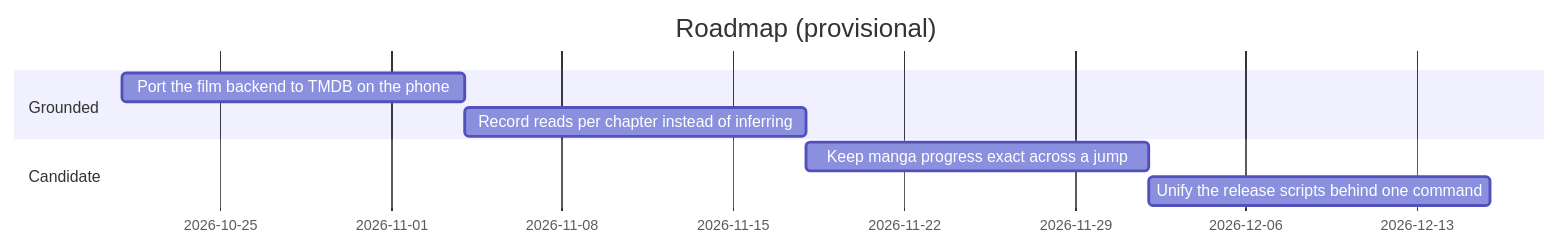
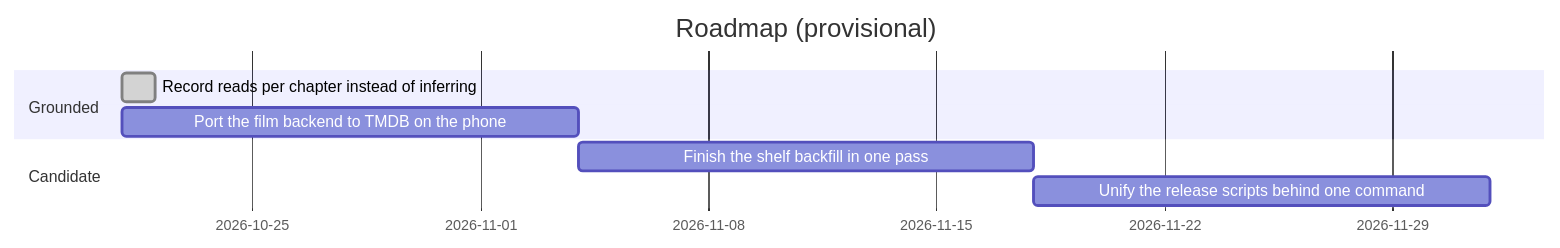
Before and after one commit to Comitz134/hanime-app: the diagram in brain/roadmap.md, drawn with Mermaid. The commit also changed other lines of this file and 13 other files, not shown here.

````diff
--- a/brain/roadmap.md
+++ b/brain/roadmap.md
@@ -15,11 +16,11 @@
 ```mermaid
 gantt
   title Roadmap (provisional)
   dateFormat YYYY-MM-DD
   section Grounded
-  Port the film backend to TMDB on the phone :a1, 2026-10-21, 14d
-  Record reads per chapter instead of inferring :a2, after a1, 14d
+  Record reads per chapter instead of inferring :done, a0, 2026-10-21, 1d
+  Port the film backend to TMDB on the phone    :a1, 2026-10-21, 14d
   section Candidate
-  Keep manga progress exact across a jump    :b1, after a2, 14d
-  Unify the release scripts behind one command :b2, after b1, 14d
+  Finish the shelf backfill in one pass         :b1, after a1, 14d
+  Unify the release scripts behind one command  :b2, after b1, 14d
 ```
````
